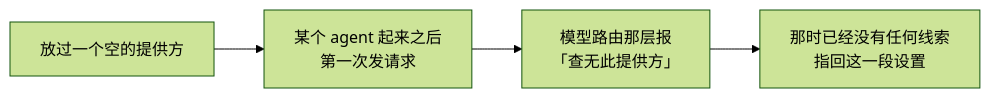
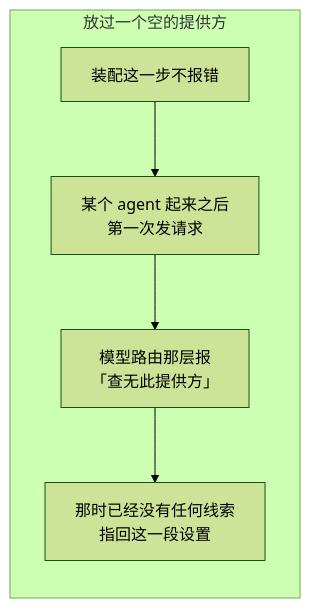
One commit to snight1983/ds-harness-go changed diagram 35 of 46 in docs/modules/agentdefaultmodel.md. Above: the diagram before and after it, drawn with Mermaid (forest theme). The commit also changed other lines of this file and 43 other files, not shown here.

Commit message:
docs: 图解架构与模块设计

````diff
--- a/docs/modules/agentdefaultmodel.md
+++ b/docs/modules/agentdefaultmodel.md
@@ -143,5 +356,8 @@
 ```mermaid
 flowchart LR
-    A["放过一个空的提供方"] --> B["某个 agent 起来之后<br/>第一次发请求"] --> C["模型路由那层报<br/>「查无此提供方」"]
-    C --> D["那时已经没有任何线索<br/>指回这一段设置"]
+    subgraph BAD["放过一个空的提供方"]
+        A["装配这一步不报错"] --> B["某个 agent 起来之后<br/>第一次发请求"]
+        B --> C["模型路由那层报<br/>「查无此提供方」"]
+        C --> D["那时已经没有任何线索<br/>指回这一段设置"]
+    end
 ```
````
